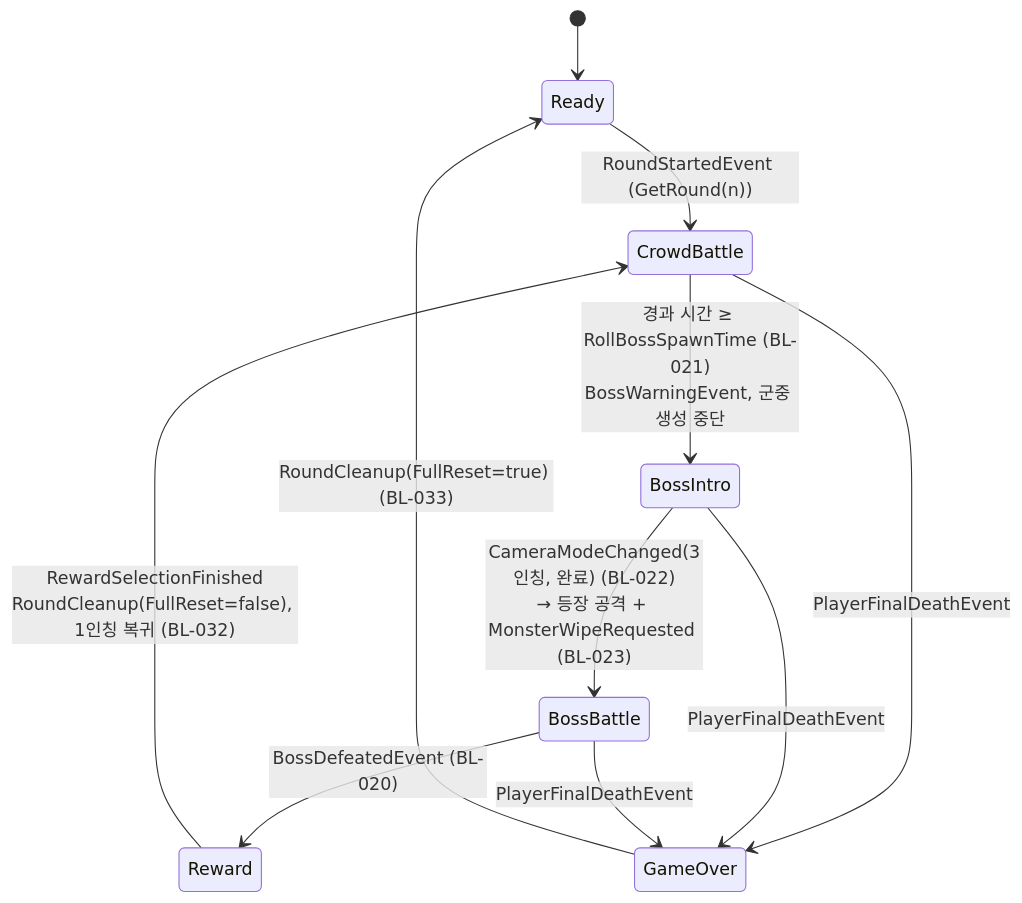
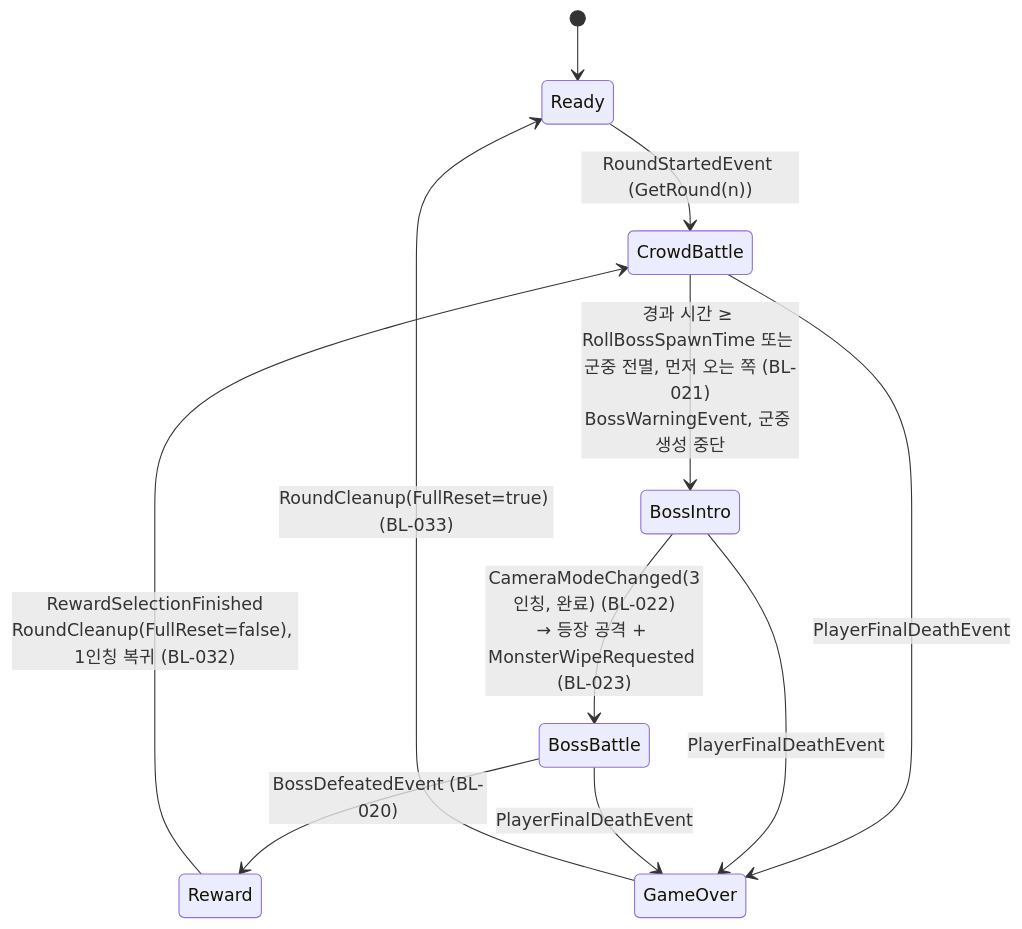
One commit to KooHoo-Dev/3rd_3D_1-3D-Project-team_even changed the diagram in Docs/Architecture/03-BacklogMapping.md. Above: the diagram before and after it, drawn with Mermaid. The commit also changed 6 other files, not shown here.

````diff
--- a/Docs/Architecture/03-BacklogMapping.md
+++ b/Docs/Architecture/03-BacklogMapping.md
@@ -8,13 +8,13 @@
 ```mermaid
 stateDiagram-v2
     [*] --> Ready
     Ready --> CrowdBattle: RoundStartedEvent (GetRound(n))
-    CrowdBattle --> BossIntro: 경과 시간 ≥ RollBossSpawnTime (BL-021)<br/>BossWarningEvent, 군중 생성 중단
+    CrowdBattle --> BossIntro: 경과 시간 ≥ RollBossSpawnTime 또는 군중 전멸, 먼저 오는 쪽 (BL-021)<br/>BossWarningEvent, 군중 생성 중단
     BossIntro --> BossBattle: CameraModeChanged(3인칭, 완료) (BL-022)<br/>→ 등장 공격 + MonsterWipeRequested (BL-023)
     BossBattle --> Reward: BossDefeatedEvent (BL-020)
     Reward --> CrowdBattle: RewardSelectionFinished<br/>RoundCleanup(FullReset=false), 1인칭 복귀 (BL-032)
     CrowdBattle --> GameOver: PlayerFinalDeathEvent
     BossIntro --> GameOver: PlayerFinalDeathEvent
     BossBattle --> GameOver: PlayerFinalDeathEvent
     GameOver --> Ready: RoundCleanup(FullReset=true) (BL-033)
 ```
````
